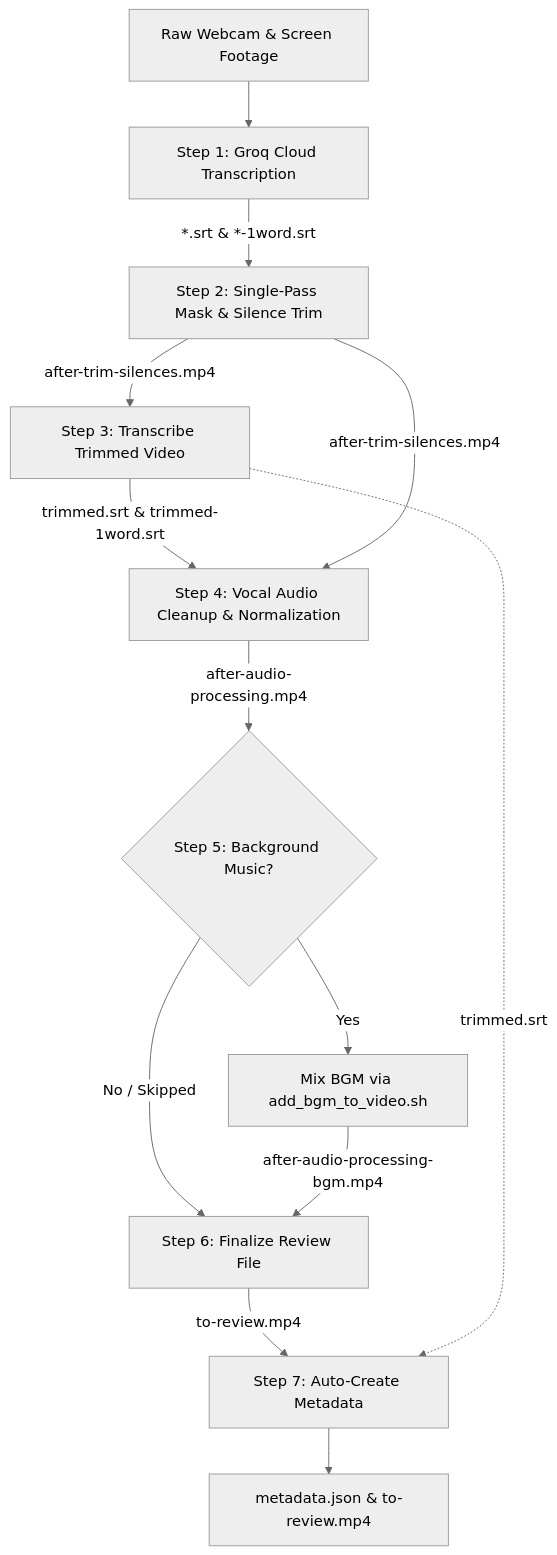
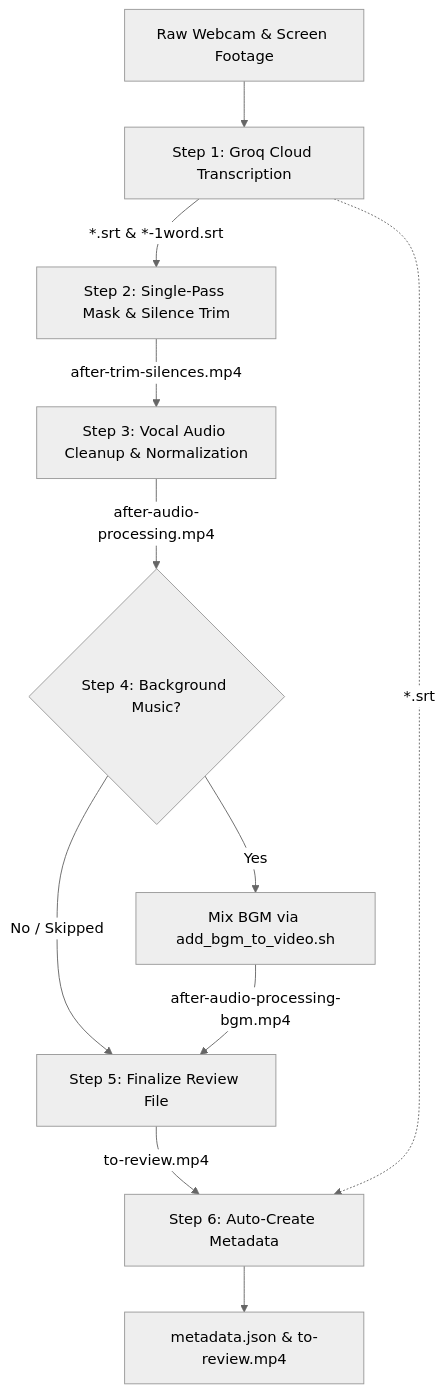
Before and after one commit to hassanaziz0012/phantom-editor: the second of 2 diagrams in docs/pipelines.md, drawn with Mermaid (neutral theme). The commit also changed other lines of this file and 2 other files, not shown here.

Commit message:
Remove intermediate trimmed transcription step from video pipeline

````diff
--- a/docs/pipelines.md
+++ b/docs/pipelines.md
@@ -144,15 +144,13 @@
 ```mermaid
 flowchart TD
     Raw[Raw Webcam & Screen Footage] --> Step1[Step 1: Groq Cloud Transcription]
     Step1 -->|*.srt & *-1word.srt| Step2[Step 2: Single-Pass Mask & Silence Trim]
-    Step2 -->|after-trim-silences.mp4| Step3[Step 3: Transcribe Trimmed Video]
-    Step3 -->|trimmed.srt & trimmed-1word.srt| Step4[Step 4: Vocal Audio Cleanup & Normalization]
-    Step2 -->|after-trim-silences.mp4| Step4
-    Step4 -->|after-audio-processing.mp4| Step5{Step 5: Background Music?}
-    Step5 -->|Yes| Step5Run[Mix BGM via add_bgm_to_video.sh]
-    Step5 -->|No / Skipped| Step6[Step 6: Finalize Review File]
-    Step5Run -->|after-audio-processing-bgm.mp4| Step6
-    Step6 -->|to-review.mp4| Step7[Step 7: Auto-Create Metadata]
-    Step3 -.->|trimmed.srt| Step7
-    Step7 --> Output[metadata.json & to-review.mp4]
+    Step2 -->|after-trim-silences.mp4| Step3[Step 3: Vocal Audio Cleanup & Normalization]
+    Step3 -->|after-audio-processing.mp4| Step4{Step 4: Background Music?}
+    Step4 -->|Yes| Step4Run[Mix BGM via add_bgm_to_video.sh]
+    Step4 -->|No / Skipped| Step5[Step 5: Finalize Review File]
+    Step4Run -->|after-audio-processing-bgm.mp4| Step5
+    Step5 -->|to-review.mp4| Step6[Step 6: Auto-Create Metadata]
+    Step1 -.->|*.srt| Step6
+    Step6 --> Output[metadata.json & to-review.mp4]
 ```
````
